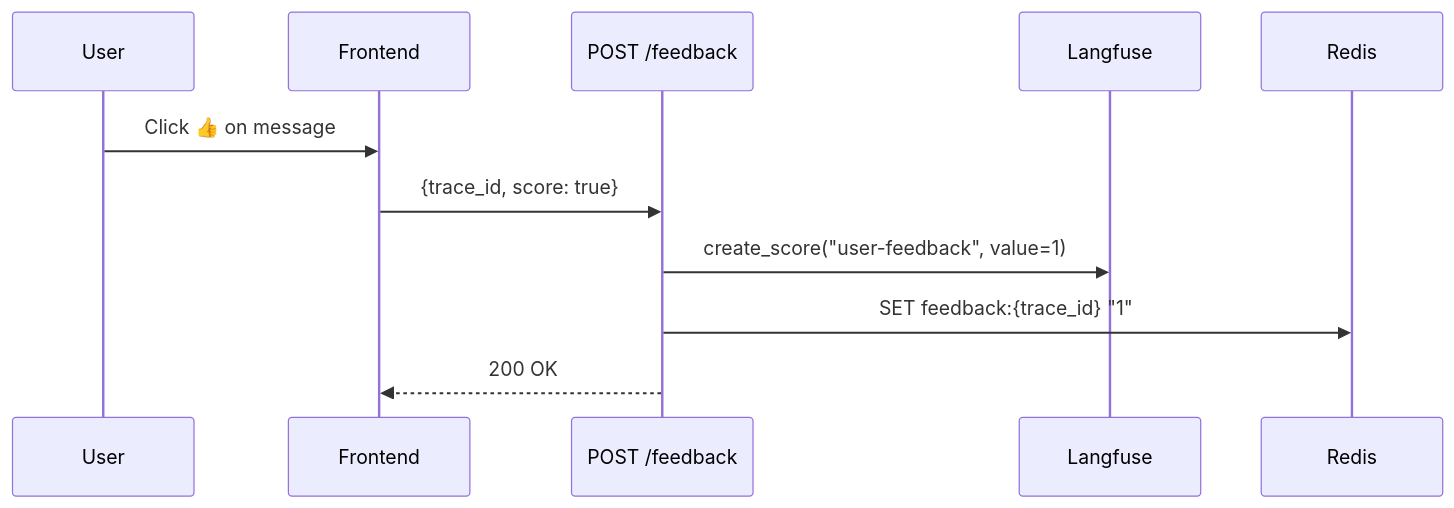
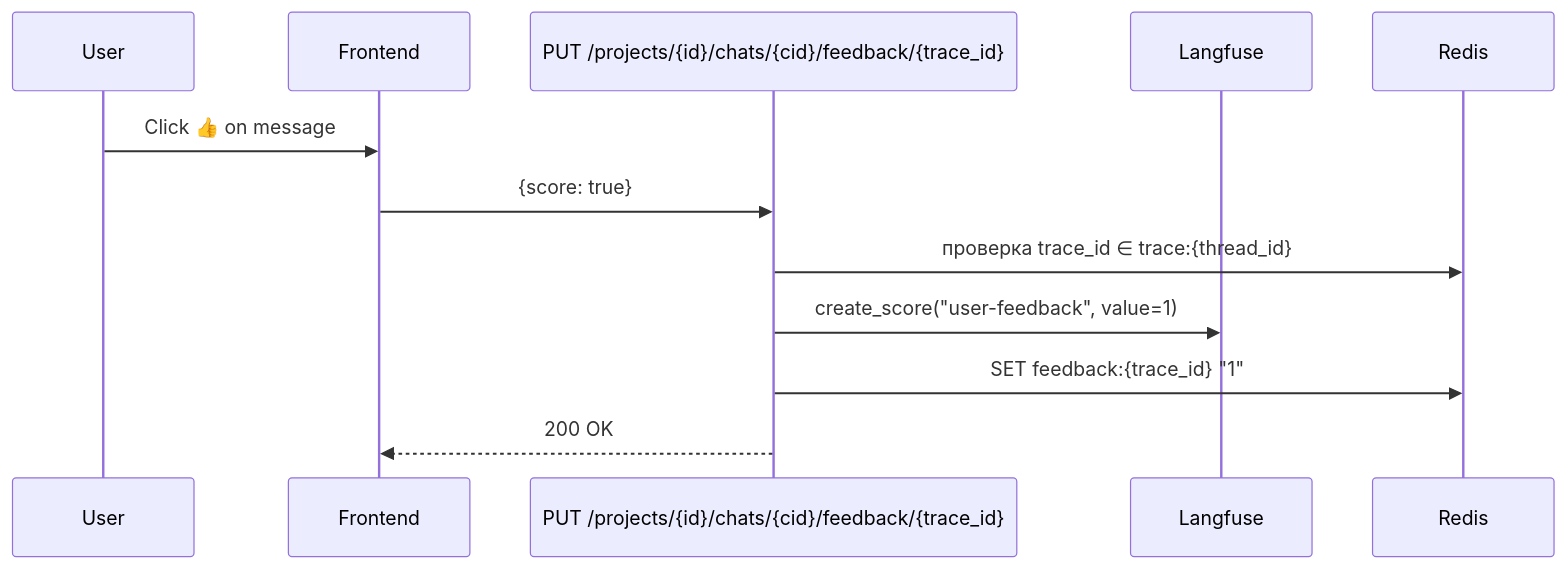
One commit to Bbar0n234/learnflow-ai changed the third of 3 diagrams in doc/tech/observability.md. Above: the diagram before and after it, drawn with Mermaid. The commit also changed other lines of this file and 46 other files, not shown here.

First line of the commit message:
feat(rest-api): REST API slice — ownership-фиксы, pagination, RFC 9457, feedback-ресурс

````diff
--- a/doc/tech/observability.md
+++ b/doc/tech/observability.md
@@ -73,14 +73,15 @@
 ```mermaid
 sequenceDiagram
     participant U as User
     participant FE as Frontend
-    participant API as POST /feedback
+    participant API as PUT /projects/{id}/chats/{cid}/feedback/{trace_id}
     participant LF as Langfuse
     participant REDIS as Redis
 
     U->>FE: Click 👍 on message
-    FE->>API: {trace_id, score: true}
+    FE->>API: {score: true}
+    API->>REDIS: проверка trace_id ∈ trace:{thread_id}
     API->>LF: create_score("user-feedback", value=1)
     API->>REDIS: SET feedback:{trace_id} "1"
     API-->>FE: 200 OK
 ```
````
